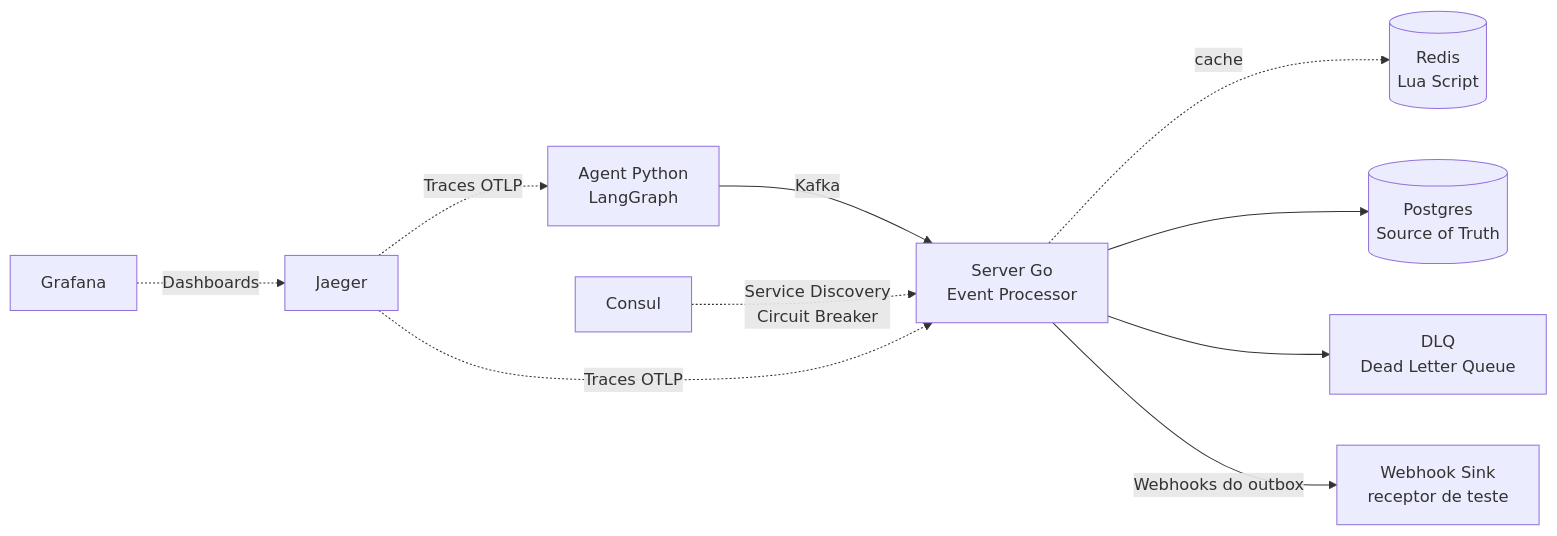
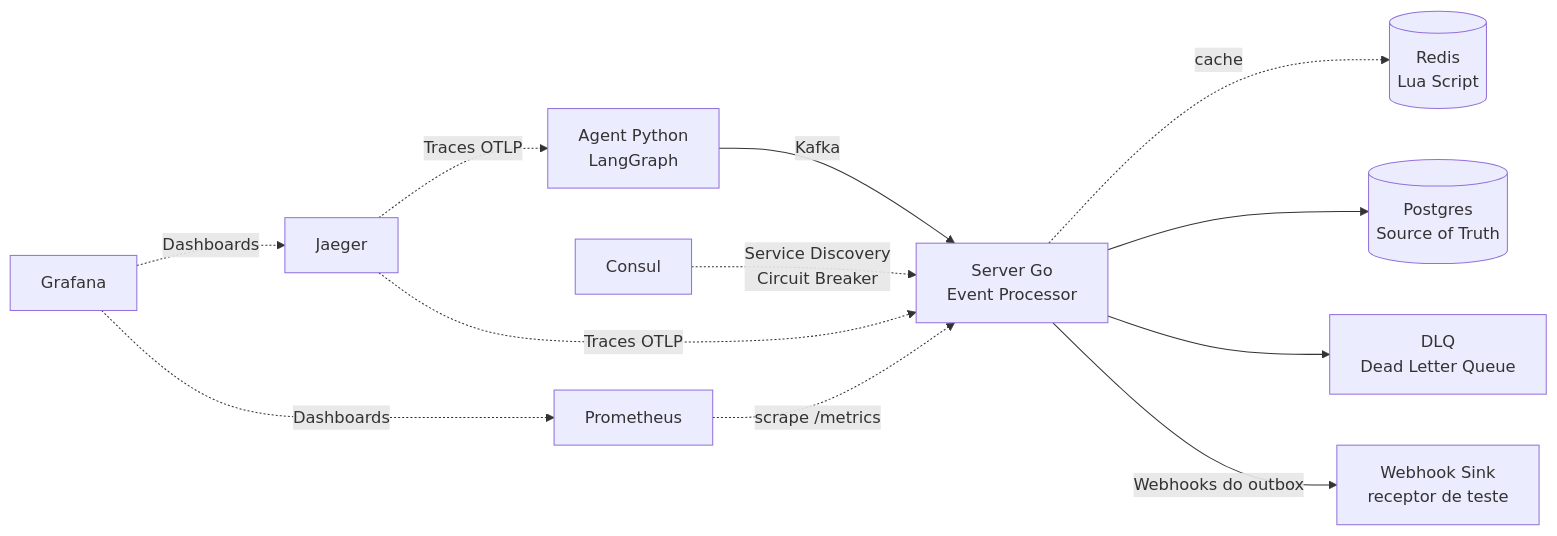
One commit to deboracastrodev/distribuid-system-simulator changed the first of 2 diagrams in README.md. Above: the diagram before and after it, drawn with Mermaid. The commit also changed other lines of this file and 22 other files, not shown here.

First line of the commit message:
feat(metrics): métricas Prometheus do consumer e do dispatcher, com dashboard no Grafana

````diff
--- a/README.md
+++ b/README.md
@@ -9,11 +9,12 @@
 ```mermaid
 graph LR
     A[Agent Python<br/>LangGraph] -->|Kafka| B[Server Go<br/>Event Processor]
     B -.->|cache| C[(Redis<br/>Lua Script)]
     B --> D[(Postgres<br/>Source of Truth)]
     B --> E[DLQ<br/>Dead Letter Queue]
     B -->|Webhooks do outbox| W[Webhook Sink<br/>receptor de teste]
     F[Consul] -.->|Service Discovery<br/>Circuit Breaker| B
     G[Jaeger] -.->|Traces OTLP| A & B
-    H[Grafana] -.->|Dashboards| G
+    P[Prometheus] -.->|scrape /metrics| B
+    H[Grafana] -.->|Dashboards| G & P
 ```
````
